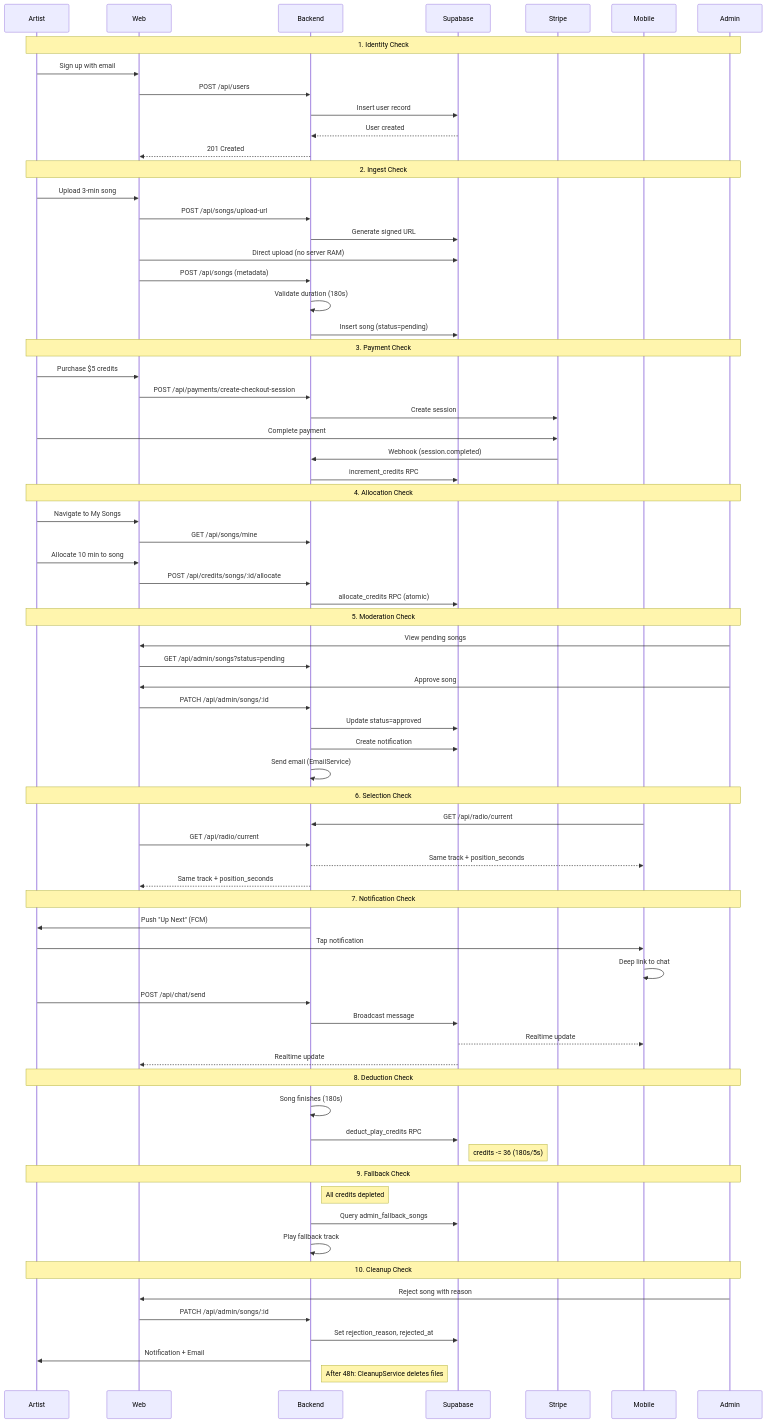
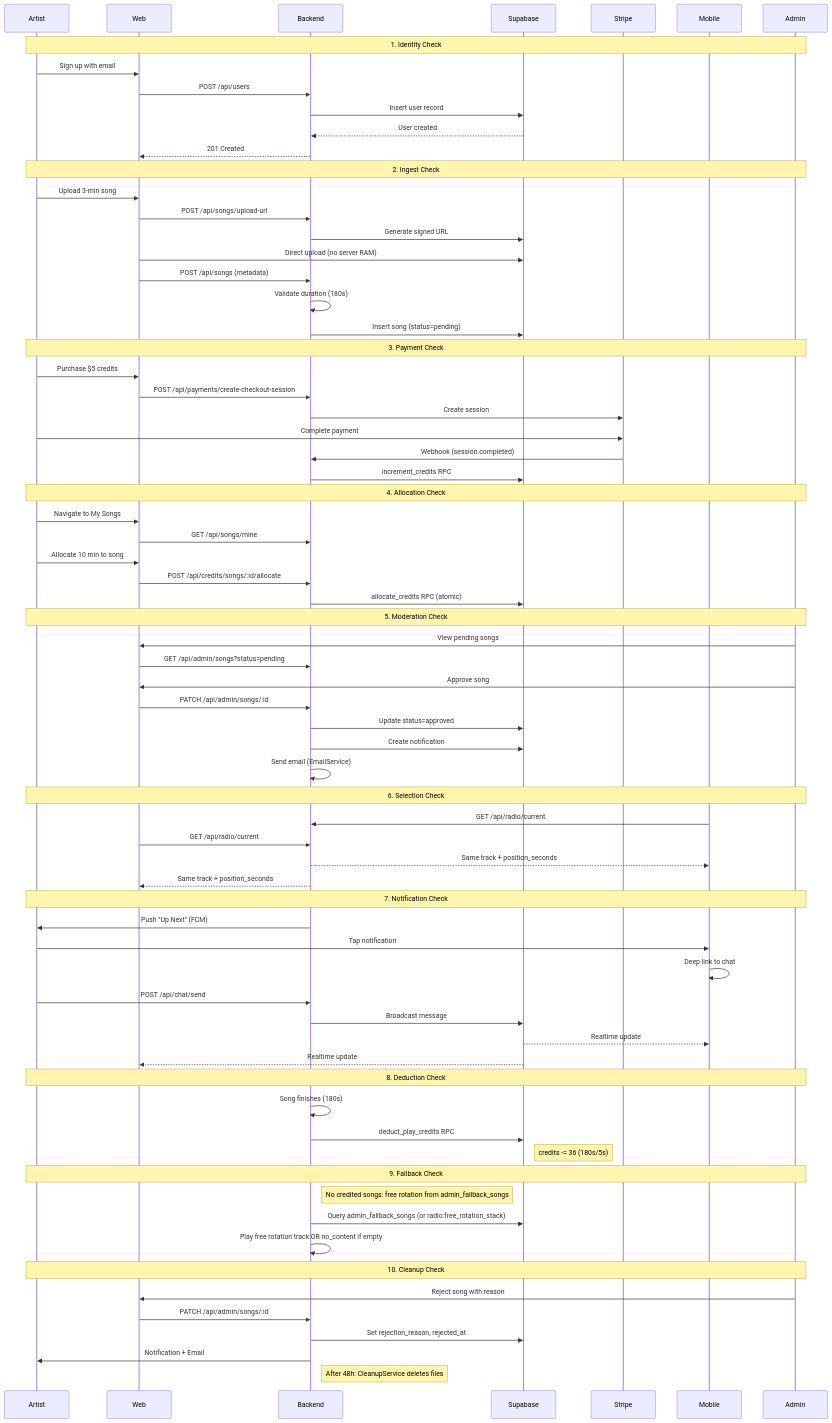
The diagram in .cursor/plans/Testing_Procedures.md (Tmaku18/RADIOapp), drawn with Mermaid before and after one commit. The commit also changed other lines of this file and 25 other files, not shown here.

````diff
--- a/.cursor/plans/Testing_Procedures.md
+++ b/.cursor/plans/Testing_Procedures.md
@@ -204,82 +294,82 @@
 ```mermaid
 sequenceDiagram
     participant Artist
     participant Web
     participant Backend
     participant Supabase
     participant Stripe
     participant Mobile
     participant Admin
 
     Note over Artist,Admin: 1. Identity Check
     Artist->>Web: Sign up with email
     Web->>Backend: POST /api/users
     Backend->>Supabase: Insert user record
     Supabase-->>Backend: User created
     Backend-->>Web: 201 Created
     
     Note over Artist,Admin: 2. Ingest Check
     Artist->>Web: Upload 3-min song
     Web->>Backend: POST /api/songs/upload-url
     Backend->>Supabase: Generate signed URL
     Web->>Supabase: Direct upload (no server RAM)
     Web->>Backend: POST /api/songs (metadata)
     Backend->>Backend: Validate duration (180s)
     Backend->>Supabase: Insert song (status=pending)
     
     Note over Artist,Admin: 3. Payment Check
     Artist->>Web: Purchase $5 credits
     Web->>Backend: POST /api/payments/create-checkout-session
     Backend->>Stripe: Create session
     Artist->>Stripe: Complete payment
     Stripe->>Backend: Webhook (session.completed)
     Backend->>Supabase: increment_credits RPC
     
     Note over Artist,Admin: 4. Allocation Check
     Artist->>Web: Navigate to My Songs
     Web->>Backend: GET /api/songs/mine
     Artist->>Web: Allocate 10 min to song
     Web->>Backend: POST /api/credits/songs/:id/allocate
     Backend->>Supabase: allocate_credits RPC (atomic)
     
     Note over Artist,Admin: 5. Moderation Check
     Admin->>Web: View pending songs
     Web->>Backend: GET /api/admin/songs?status=pending
     Admin->>Web: Approve song
     Web->>Backend: PATCH /api/admin/songs/:id
     Backend->>Supabase: Update status=approved
     Backend->>Supabase: Create notification
     Backend->>Backend: Send email (EmailService)
     
     Note over Artist,Admin: 6. Selection Check
     Mobile->>Backend: GET /api/radio/current
     Web->>Backend: GET /api/radio/current
     Backend-->>Mobile: Same track + position_seconds
     Backend-->>Web: Same track + position_seconds
     
     Note over Artist,Admin: 7. Notification Check
     Backend->>Artist: Push "Up Next" (FCM)
     Artist->>Mobile: Tap notification
     Mobile->>Mobile: Deep link to chat
     Artist->>Backend: POST /api/chat/send
     Backend->>Supabase: Broadcast message
     Supabase-->>Mobile: Realtime update
     Supabase-->>Web: Realtime update
     
     Note over Artist,Admin: 8. Deduction Check
     Backend->>Backend: Song finishes (180s)
     Backend->>Supabase: deduct_play_credits RPC
     Note right of Supabase: credits -= 36 (180s/5s)
     
     Note over Artist,Admin: 9. Fallback Check
-    Note right of Backend: All credits depleted
-    Backend->>Supabase: Query admin_fallback_songs
-    Backend->>Backend: Play fallback track
+    Note right of Backend: No credited songs: free rotation from admin_fallback_songs
+    Backend->>Supabase: Query admin_fallback_songs (or radio:free_rotation_stack)
+    Backend->>Backend: Play free rotation track OR no_content if empty
     
     Note over Artist,Admin: 10. Cleanup Check
     Admin->>Web: Reject song with reason
     Web->>Backend: PATCH /api/admin/songs/:id
     Backend->>Supabase: Set rejection_reason, rejected_at
     Backend->>Artist: Notification + Email
     Note right of Backend: After 48h: CleanupService deletes files
 ```
````
